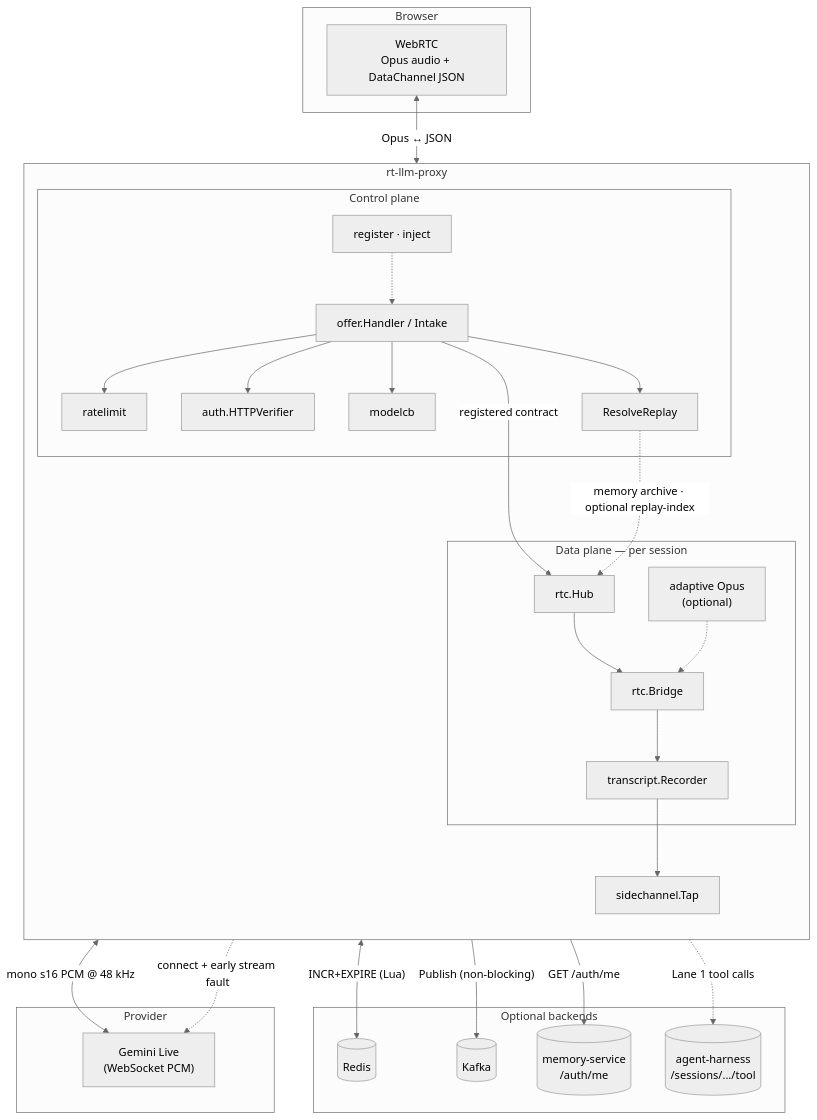
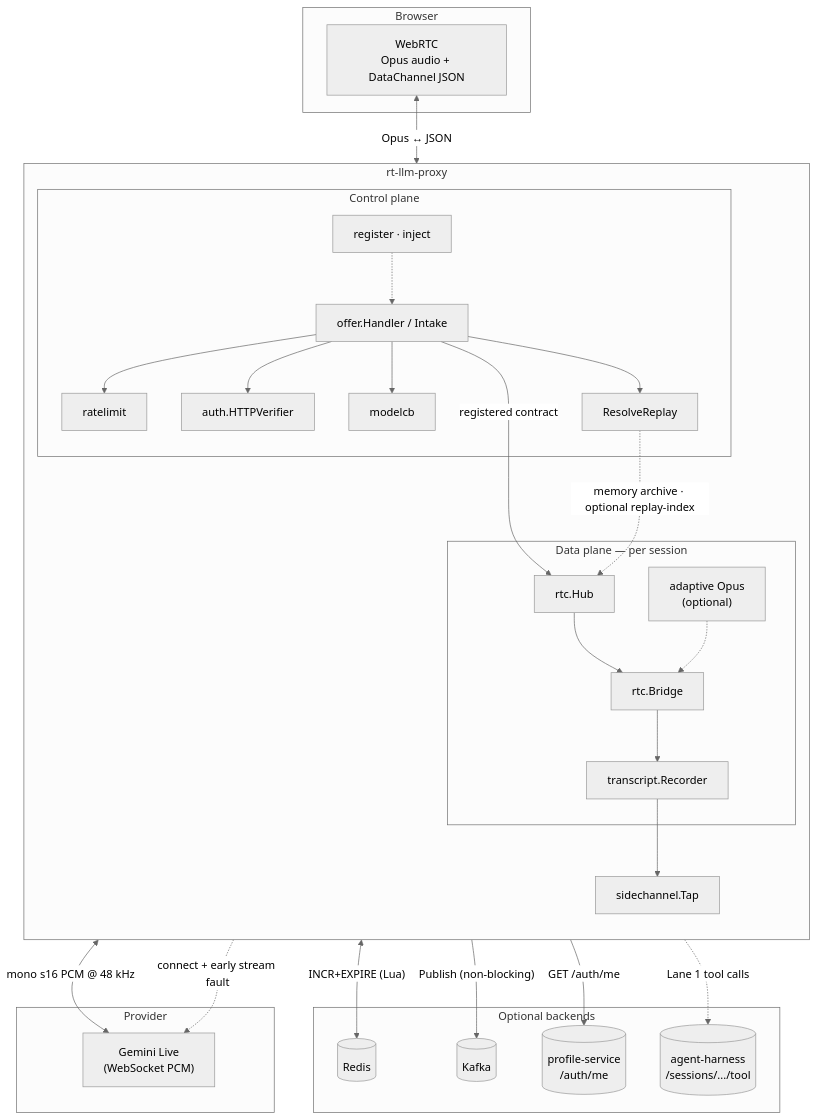
The first of 2 diagrams in services/rt_llm_proxy/docs/ARCHITECTURE.md (thinkinbig/auracle-dj-radio), drawn with Mermaid (neutral theme) before and after one commit. The commit also changed other lines of this file and 84 other files, not shown here.

Commit message:
Rename memory service to profile service

````diff
--- a/services/rt_llm_proxy/docs/ARCHITECTURE.md
+++ b/services/rt_llm_proxy/docs/ARCHITECTURE.md
@@ -22,55 +22,55 @@
 ```mermaid
 flowchart TB
   subgraph browser["Browser"]
     WEB["WebRTC<br/>Opus audio + DataChannel JSON"]
   end
 
   subgraph proxy["rt-llm-proxy"]
     direction TB
     subgraph control["Control plane"]
       OFFER["offer.Handler / Intake"]
       REG["register · inject"]
       RL["ratelimit"]
       AUTH["auth.HTTPVerifier"]
       CB["modelcb"]
       REPLAY["ResolveReplay"]
       OFFER --> RL
       OFFER --> AUTH
       OFFER --> CB
       OFFER --> REPLAY
     end
     subgraph data["Data plane — per session"]
       HUB["rtc.Hub"]
       BRIDGE["rtc.Bridge"]
       REC["transcript.Recorder"]
       ADAPT["adaptive Opus<br/>(optional)"]
       HUB --> BRIDGE
       BRIDGE --> REC
       ADAPT -.-> BRIDGE
     end
     OFFER -->|"registered contract"| HUB
     REG -.-> OFFER
     TAP["sidechannel.Tap"]
     REC --> TAP
   end
 
   subgraph optional["Optional backends"]
     REDIS[("Redis")]
     KAFKA[("Kafka")]
-    MS[("memory-service<br/>/auth/me")]
+    MS[("profile-service<br/>/auth/me")]
     HARNESS[("agent-harness<br/>/sessions/.../tool")]
   end
 
   subgraph upstream["Provider"]
     GEMINI["Gemini Live<br/>(WebSocket PCM)"]
   end
 
   WEB <-->|"Opus ↔ JSON"| BRIDGE
   BRIDGE <-->|"mono s16 PCM @ 48 kHz"| GEMINI
   RL <-->|"INCR+EXPIRE (Lua)"| REDIS
   TAP -->|"Publish (non-blocking)"| KAFKA
   AUTH -->|"GET /auth/me"| MS
   BRIDGE -.->|"Lane 1 tool calls"| HARNESS
   REPLAY -.->|"memory archive · optional replay-index"| HUB
   CB -.->|"connect + early stream fault"| GEMINI
 ```
````
